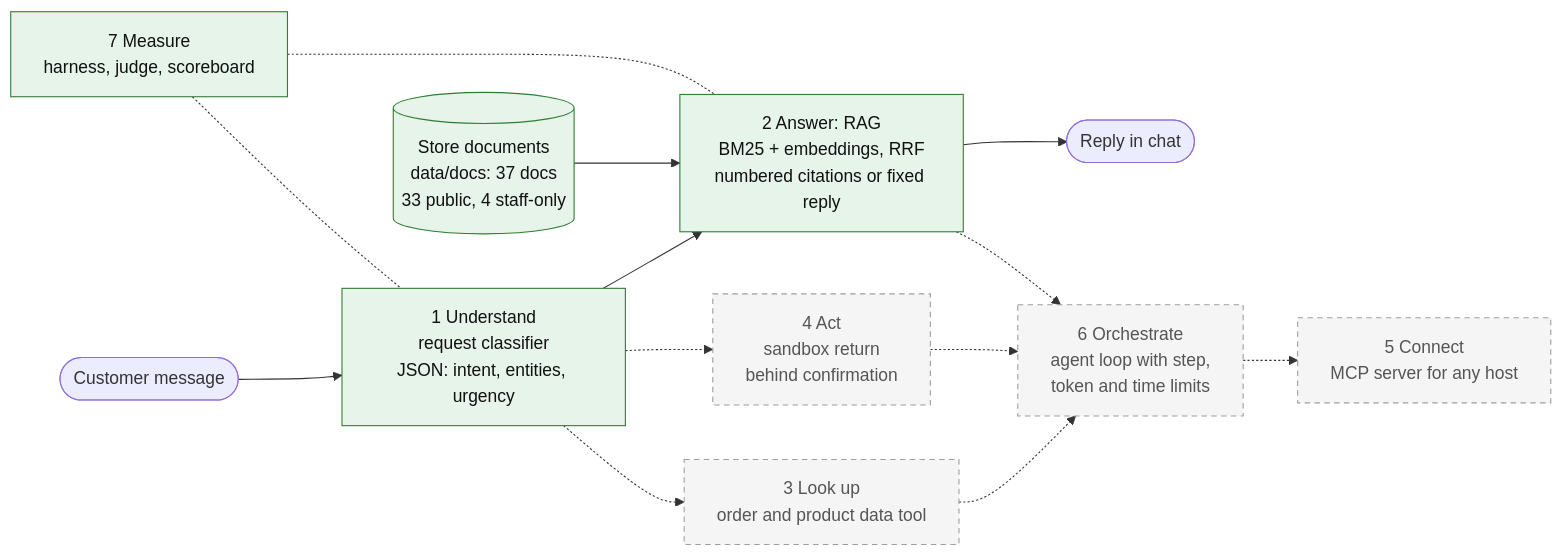
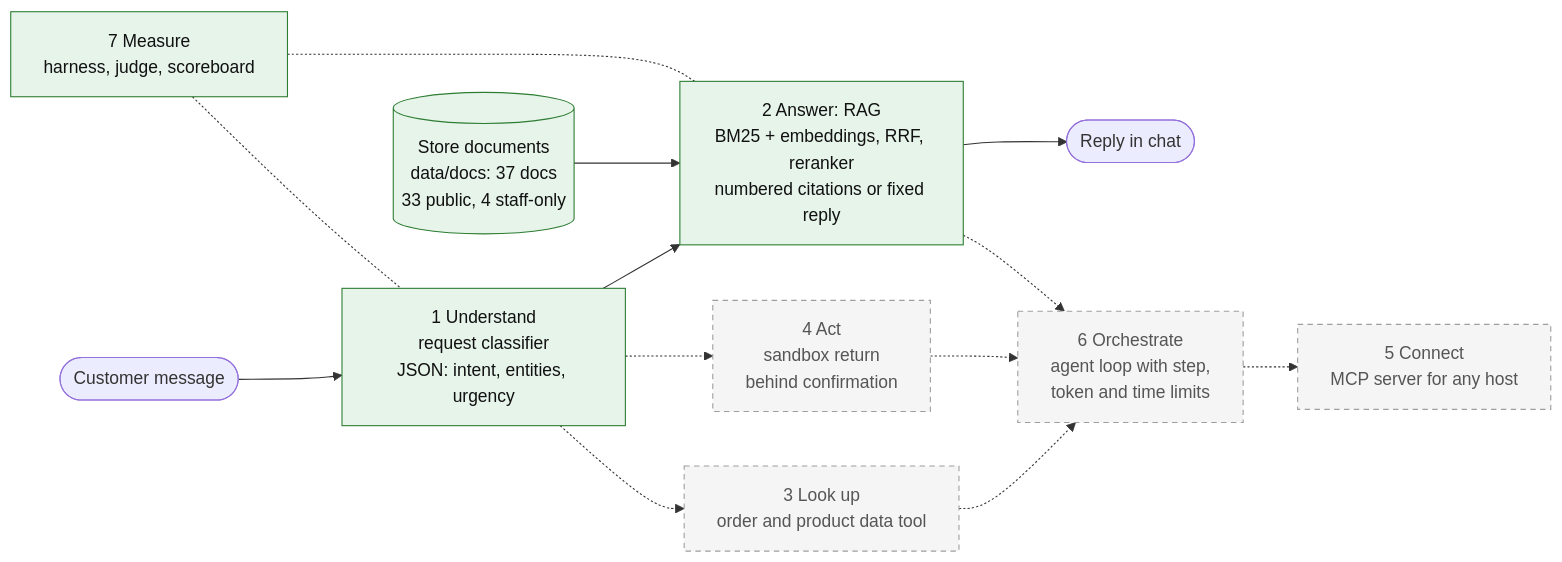
Before and after one commit to berkongul/AIC390Project: the diagram in docs/architecture.md, drawn with Mermaid. The commit also changed other lines of this file and 5 other files, not shown here.

````diff
--- a/docs/architecture.md
+++ b/docs/architecture.md
@@ -7,20 +7,20 @@
 ```mermaid
 flowchart LR
     U([Customer message]) --> C
     C["1 Understand<br/>request classifier<br/>JSON: intent, entities, urgency"] --> R
     DOCS[("Store documents<br/>data/docs: 37 docs<br/>33 public, 4 staff-only")] --> R
-    R["2 Answer: RAG<br/>BM25 + embeddings, RRF<br/>numbered citations or fixed reply"] --> OUT([Reply in chat])
+    R["2 Answer: RAG<br/>BM25 + embeddings, RRF, reranker<br/>numbered citations or fixed reply"] --> OUT([Reply in chat])
     C -.-> D["3 Look up<br/>order and product data tool"]
     C -.-> W["4 Act<br/>sandbox return<br/>behind confirmation"]
     D -.-> L["6 Orchestrate<br/>agent loop with step,<br/>token and time limits"]
     W -.-> L
     R -.-> L
     L -.-> MCP["5 Connect<br/>MCP server for any host"]
     M["7 Measure<br/>harness, judge, scoreboard"] -.- C
     M -.- R
 
     classDef built fill:#e6f4ea,stroke:#2e7d32,color:#111
     classDef planned fill:#f5f5f5,stroke:#9e9e9e,stroke-dasharray:5 4,color:#555
     class C,R,M,DOCS built
     class D,W,L,MCP planned
 ```
````
